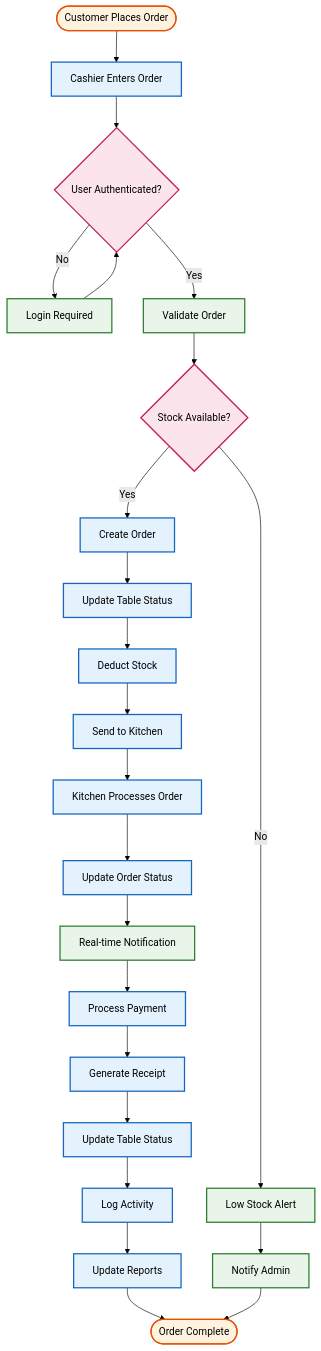
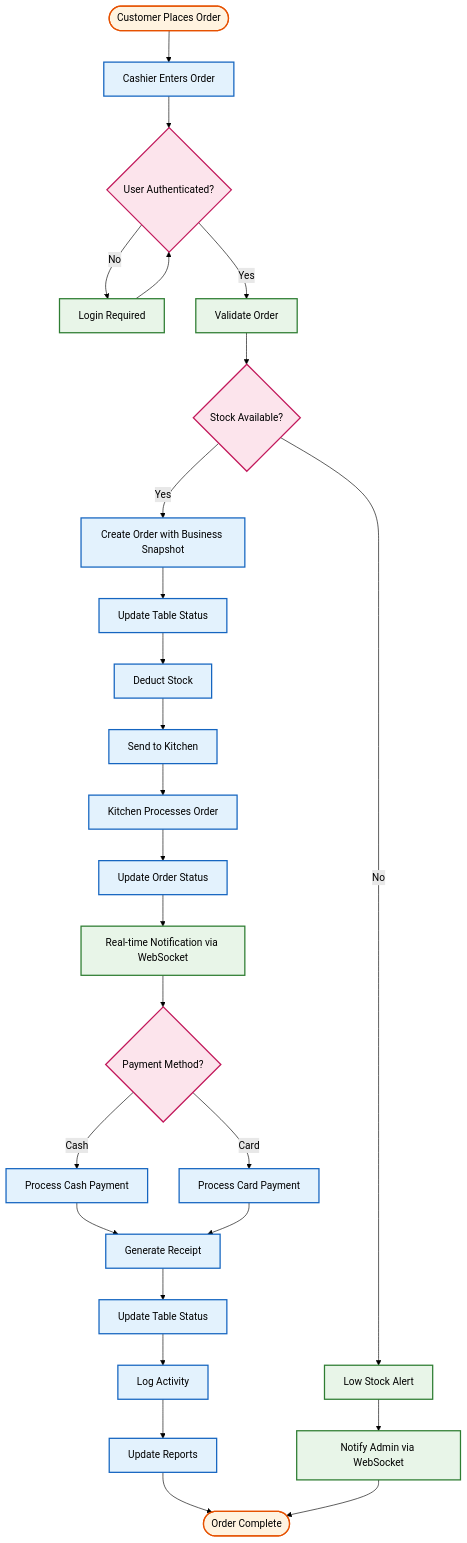
One commit to VWin4Ever/restaurant-pos-system changed the third of 5 diagrams in MERMAID_DFD_DIAGRAMS.md. Above: the diagram before and after it, drawn with Mermaid (forest theme). The commit also changed other lines of this file and 38 other files, not shown here.

Commit message:
Update database schema, tables routes, and add documentation files

````diff
--- a/MERMAID_DFD_DIAGRAMS.md
+++ b/MERMAID_DFD_DIAGRAMS.md
@@ -154,50 +176,53 @@
 ```mermaid
 flowchart TD
     %% Start
     START([Customer Places Order]) --> CASHIER[Cashier Enters Order]
     
     %% Authentication
     CASHIER --> AUTH{User Authenticated?}
     AUTH -->|No| LOGIN[Login Required]
     LOGIN --> AUTH
     AUTH -->|Yes| VALIDATE[Validate Order]
     
     %% Order Processing
     VALIDATE --> CHECK_STOCK{Stock Available?}
     CHECK_STOCK -->|No| LOW_STOCK[Low Stock Alert]
-    CHECK_STOCK -->|Yes| CREATE_ORDER[Create Order]
+    CHECK_STOCK -->|Yes| CREATE_ORDER[Create Order with Business Snapshot]
     
     CREATE_ORDER --> UPDATE_TABLE[Update Table Status]
     UPDATE_TABLE --> DEDUCT_STOCK[Deduct Stock]
     DEDUCT_STOCK --> SEND_KITCHEN[Send to Kitchen]
     
     %% Kitchen Processing
     SEND_KITCHEN --> KITCHEN[Kitchen Processes Order]
     KITCHEN --> UPDATE_STATUS[Update Order Status]
-    UPDATE_STATUS --> NOTIFY[Real-time Notification]
+    UPDATE_STATUS --> NOTIFY[Real-time Notification via WebSocket]
     
     %% Payment Processing
-    NOTIFY --> PAYMENT[Process Payment]
-    PAYMENT --> GENERATE_RECEIPT[Generate Receipt]
+    NOTIFY --> PAYMENT{Payment Method?}
+    PAYMENT -->|Cash| CASH_PROCESS[Process Cash Payment]
+    PAYMENT -->|Card| CARD_PROCESS[Process Card Payment]
+    CASH_PROCESS --> GENERATE_RECEIPT[Generate Receipt]
+    CARD_PROCESS --> GENERATE_RECEIPT
     GENERATE_RECEIPT --> UPDATE_TABLE_FINAL[Update Table Status]
     
     %% Reporting
     UPDATE_TABLE_FINAL --> LOG_ACTIVITY[Log Activity]
     LOG_ACTIVITY --> UPDATE_REPORTS[Update Reports]
     UPDATE_REPORTS --> END([Order Complete])
     
     %% Error Handling
-    LOW_STOCK --> NOTIFY_ADMIN[Notify Admin]
+    LOW_STOCK --> NOTIFY_ADMIN[Notify Admin via WebSocket]
     NOTIFY_ADMIN --> END
     
     %% Styling
     classDef startEnd fill:#fff3e0,stroke:#e65100,stroke-width:2px
     classDef process fill:#e3f2fd,stroke:#1565c0,stroke-width:2px
     classDef decision fill:#fce4ec,stroke:#c2185b,stroke-width:2px
     classDef action fill:#e8f5e8,stroke:#2e7d32,stroke-width:2px
     
     class START,END startEnd
-    class CASHIER,CREATE_ORDER,UPDATE_TABLE,DEDUCT_STOCK,SEND_KITCHEN,KITCHEN,UPDATE_STATUS,PAYMENT,GENERATE_RECEIPT,UPDATE_TABLE_FINAL,LOG_ACTIVITY,UPDATE_REPORTS process
-    class AUTH,CHECK_STOCK decision
+    class CASHIER,CREATE_ORDER,UPDATE_TABLE,DEDUCT_STOCK,SEND_KITCHEN,KITCHEN,UPDATE_STATUS,CASH_PROCESS,CARD_PROCESS,GENERATE_RECEIPT,UPDATE_TABLE_FINAL,LOG_ACTIVITY,UPDATE_REPORTS process
+    class AUTH,CHECK_STOCK,PAYMENT decision
     class LOGIN,VALIDATE,LOW_STOCK,NOTIFY,NOTIFY_ADMIN action
 ```
````
